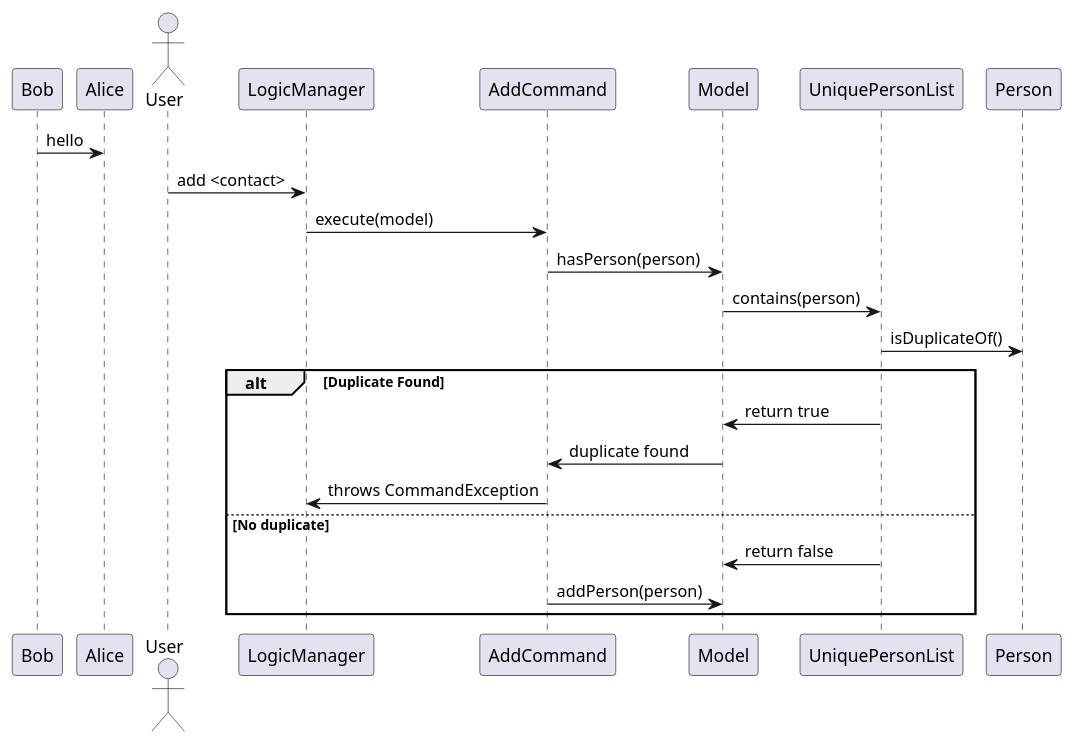
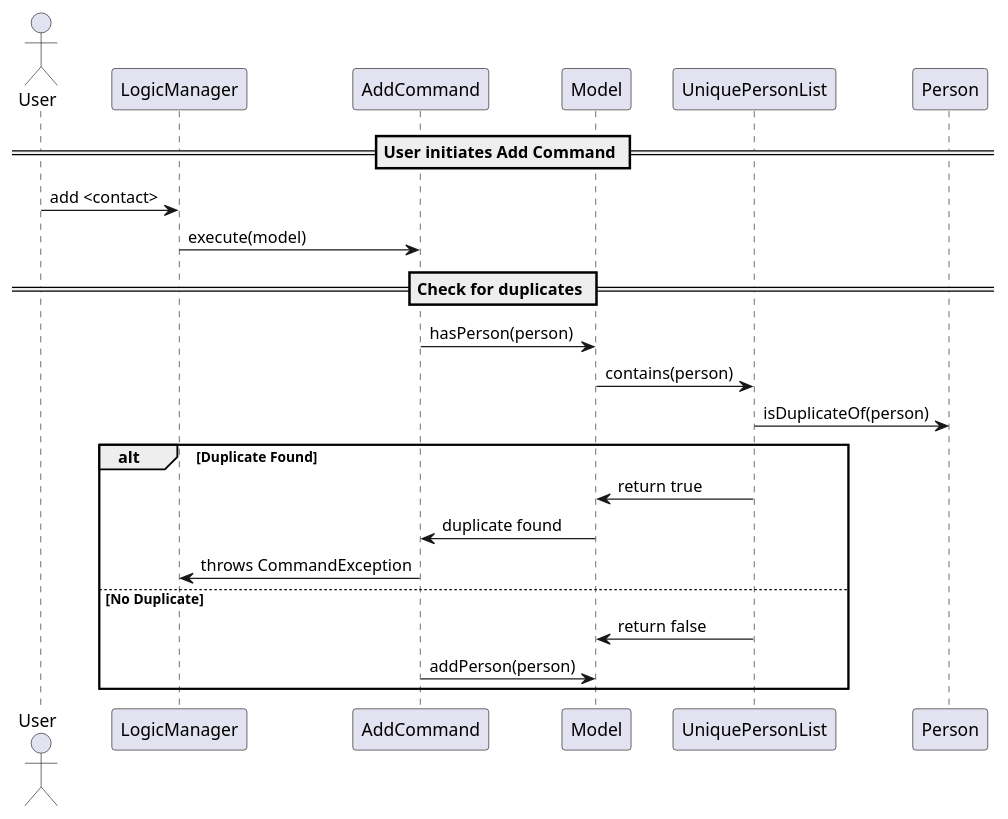
One commit to juneha1120/tp changed the diagram in docs/diagrams/AddCommandSequenceDiagram.puml. Above: the diagram before and after it, drawn with PlantUML. The commit also changed other lines of this file, not shown here.

Commit message:
docs: improve AddCommand sequence diagram PlantUML for clarity and readability

```diff
--- a/docs/diagrams/AddCommandSequenceDiagram.puml
+++ b/docs/diagrams/AddCommandSequenceDiagram.puml
@@ -1,23 +1,26 @@
 @startuml
-Bob -> Alice : hello
-
 actor User
 participant LogicManager
 participant AddCommand
 participant Model
 participant UniquePersonList
+participant Person
 
+== User initiates Add Command ==
 User -> LogicManager: add <contact>
 LogicManager -> AddCommand: execute(model)
+
+== Check for duplicates ==
 AddCommand -> Model: hasPerson(person)
 Model -> UniquePersonList: contains(person)
-UniquePersonList -> Person: isDuplicateOf()
+UniquePersonList -> Person: isDuplicateOf(person)
+
 alt Duplicate Found
     UniquePersonList -> Model: return true
     Model -> AddCommand: duplicate found
     AddCommand -> LogicManager: throws CommandException
-else No duplicate
+else No Duplicate
     UniquePersonList -> Model: return false
     AddCommand -> Model: addPerson(person)
 end
 @enduml
```
